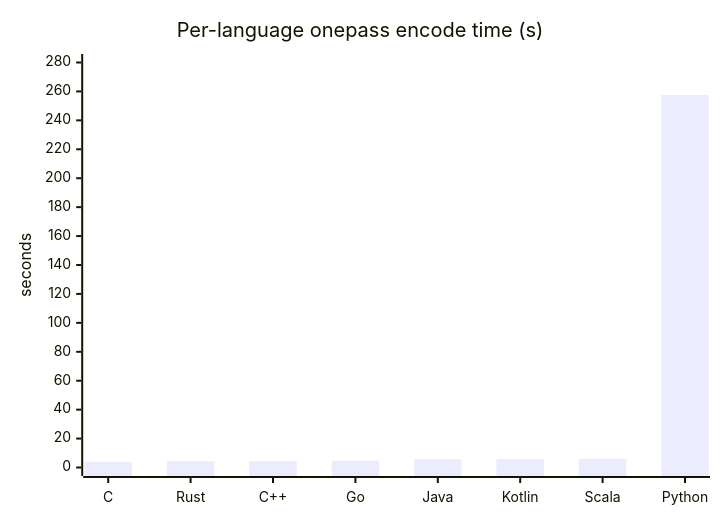
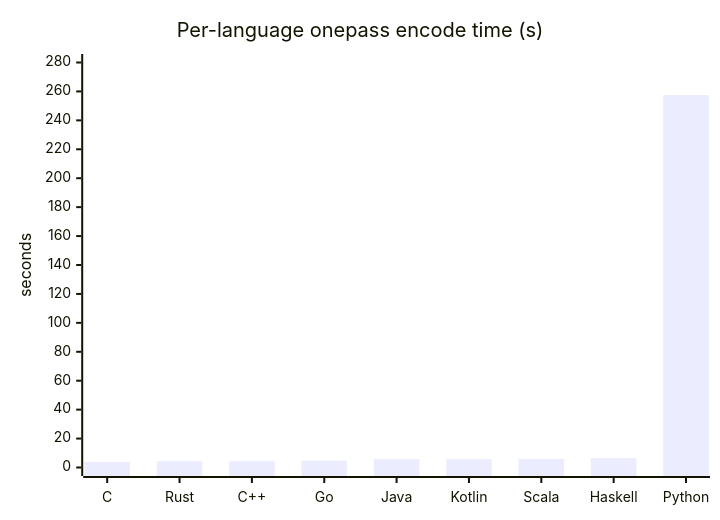
Before and after one commit to darrelllong/Delta-Compression: the first of 10 diagrams in ANALYSIS.md, drawn with Mermaid. The commit also changed other lines of this file and 11 other files, not shown here.

````diff
--- a/ANALYSIS.md
+++ b/ANALYSIS.md
@@ -311,7 +314,7 @@
 ```mermaid
 xychart-beta
     title "Per-language onepass encode time (s)"
-    x-axis ["C", "Rust", "C++", "Go", "Java", "Kotlin", "Scala", "Python"]
+    x-axis ["C", "Rust", "C++", "Go", "Java", "Kotlin", "Scala", "Haskell", "Python"]
     y-axis "seconds" 0 --> 280
-    bar [3.9, 4.4, 4.4, 4.8, 5.8, 5.8, 6.0, 257.5]
+    bar [3.9, 4.4, 4.4, 4.8, 5.8, 5.8, 6.0, 6.477, 257.5]
 ```
````
